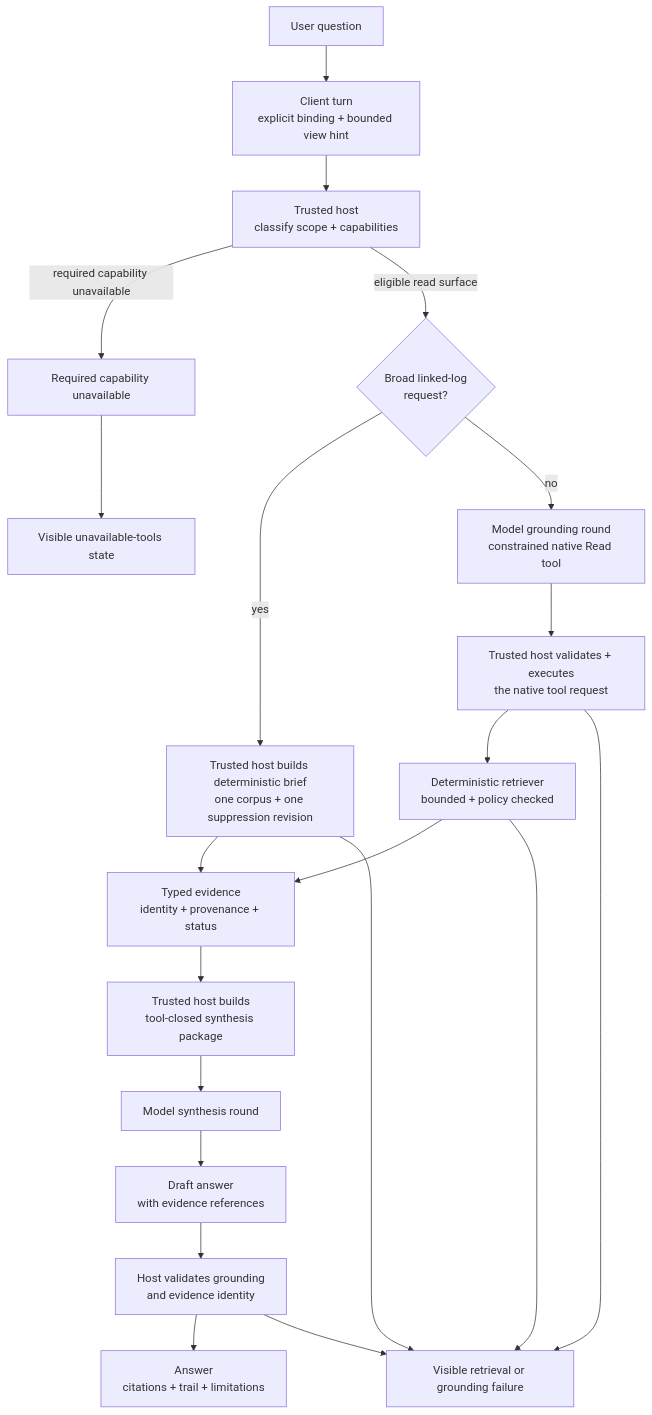
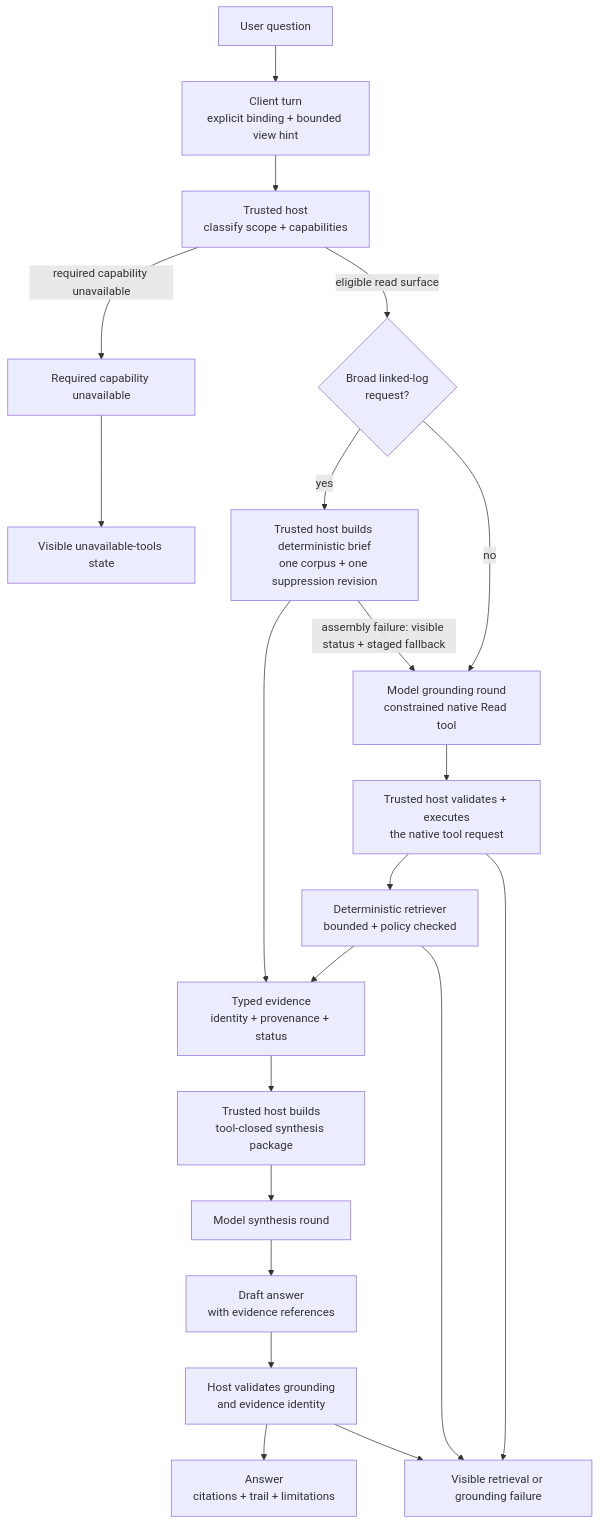
The first of 2 diagrams in docs/design/proven-methods/DETERMINISTIC_CONTEXT_ASSEMBLY.md (chriscase/ContextDesk), drawn with Mermaid before and after one commit. The commit also changed 1 other file, not shown here.

Commit message:
docs(logs): align broad triage claims (#745)

````diff
--- a/docs/design/proven-methods/DETERMINISTIC_CONTEXT_ASSEMBLY.md
+++ b/docs/design/proven-methods/DETERMINISTIC_CONTEXT_ASSEMBLY.md
@@ -75,32 +75,32 @@
 ```mermaid
 flowchart TB
 %% title: Governed context assembly and visible failure paths
     U["User question"]
     UI["Client turn<br/>explicit binding + bounded view hint"]
     H["Trusted host<br/>classify scope + capabilities"]
     X["Required capability unavailable"]
     XU["Visible unavailable-tools state"]
     Q{"Broad linked-log<br/>request?"}
     B["Trusted host builds deterministic brief<br/>one corpus + one suppression revision"]
     G["Model grounding round<br/>constrained native Read tool"]
     T["Trusted host validates + executes<br/>the native tool request"]
     R["Deterministic retriever<br/>bounded + policy checked"]
     E["Typed evidence<br/>identity + provenance + status"]
     S["Trusted host builds<br/>tool-closed synthesis package"]
     Y["Model synthesis round"]
     D["Draft answer<br/>with evidence references"]
     V["Host validates grounding<br/>and evidence identity"]
     A["Answer<br/>citations + trail + limitations"]
     F["Visible retrieval or grounding failure"]
 
     U --> UI --> H
     H -->|required capability unavailable| X --> XU
     H -->|eligible read surface| Q
     Q -->|yes| B --> E
     Q -->|no| G --> T --> R
     R --> E --> S --> Y --> D --> V --> A
-    B --> F
+    B -->|assembly failure: visible status + staged fallback| G
     T --> F
     R --> F
     V --> F
 ```
````
